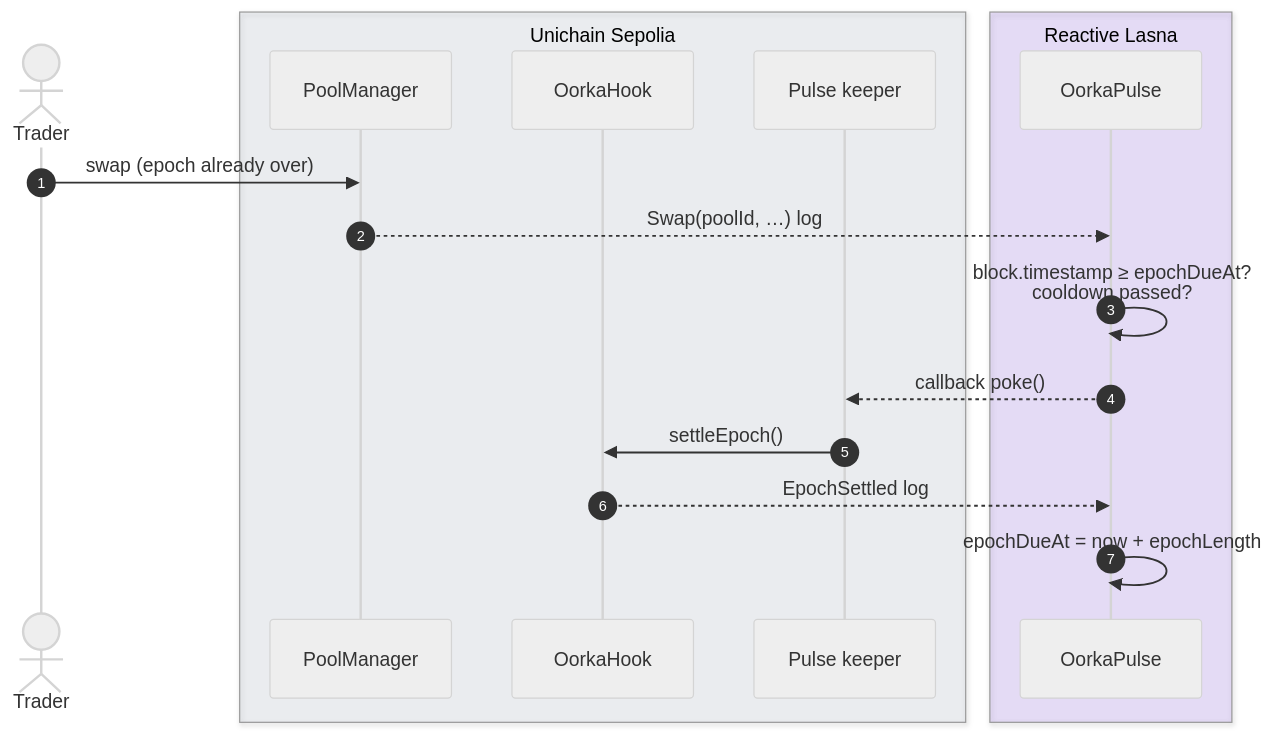
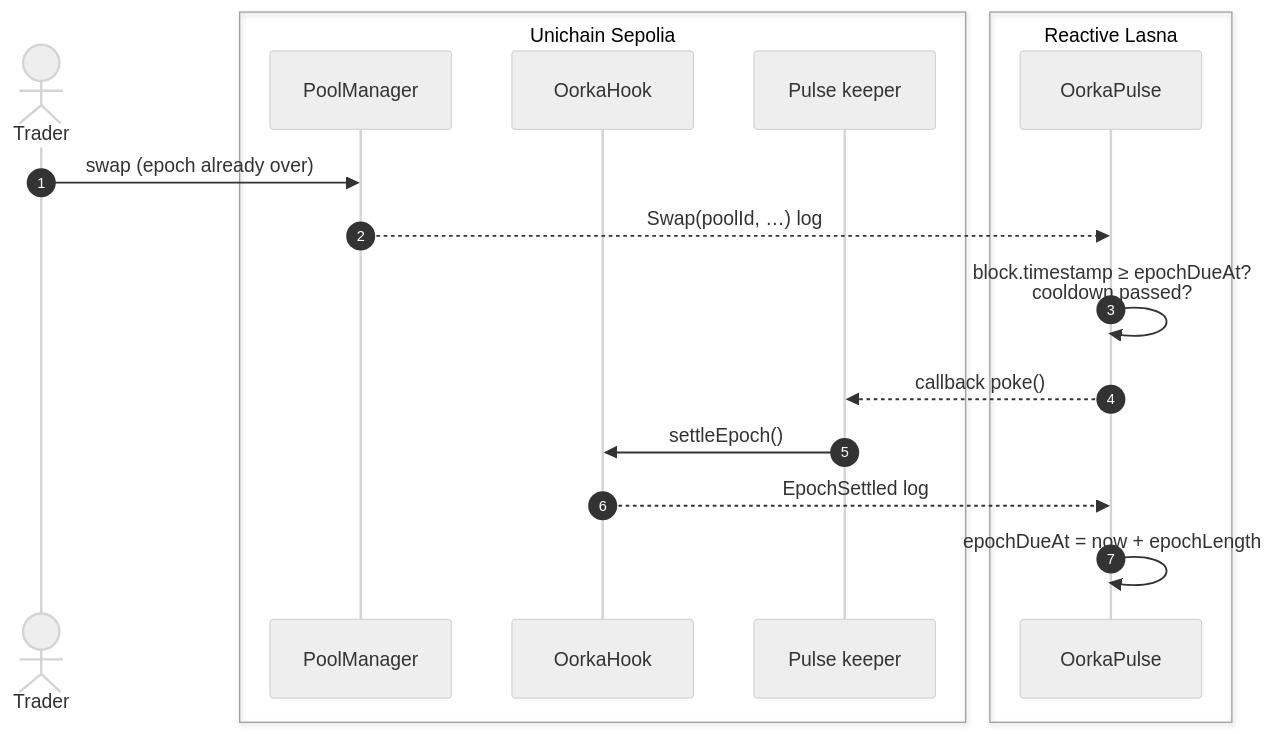
Before and after one commit to debojyoti10CC/oorka: the first of 2 diagrams in docs-site/keeper/pulse.mdx, drawn with Mermaid (neutral theme). The commit also changed 1 other file, not shown here.

Commit message:
docs: transparent sequence boxes; Mintlify's renderer drew the tinted ones opaque

````diff
--- a/docs-site/keeper/pulse.mdx
+++ b/docs-site/keeper/pulse.mdx
@@ -8,20 +8,20 @@
 ```mermaid
 sequenceDiagram
     autonumber
     actor T as Trader
-    box rgba(148,163,184,0.12) Unichain Sepolia
+    box Unichain Sepolia
         participant PM as PoolManager
         participant H as OorkaHook
         participant K as Pulse keeper
     end
-    box rgba(124,58,237,0.14) Reactive Lasna
+    box Reactive Lasna
         participant P as OorkaPulse
     end
     T->>PM: swap (epoch already over)
     PM-->>P: Swap(poolId, …) log
     P->>P: block.timestamp ≥ epochDueAt?<br/>cooldown passed?
     P-->>K: callback poke()
     K->>H: settleEpoch()
     H-->>P: EpochSettled log
     P->>P: epochDueAt = now + epochLength
 ```
````
